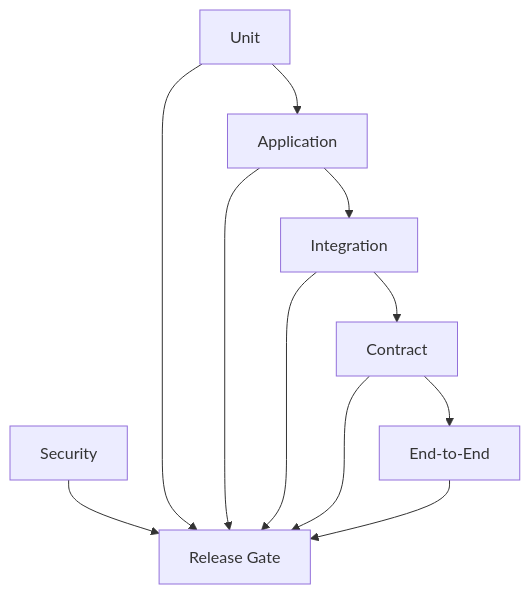
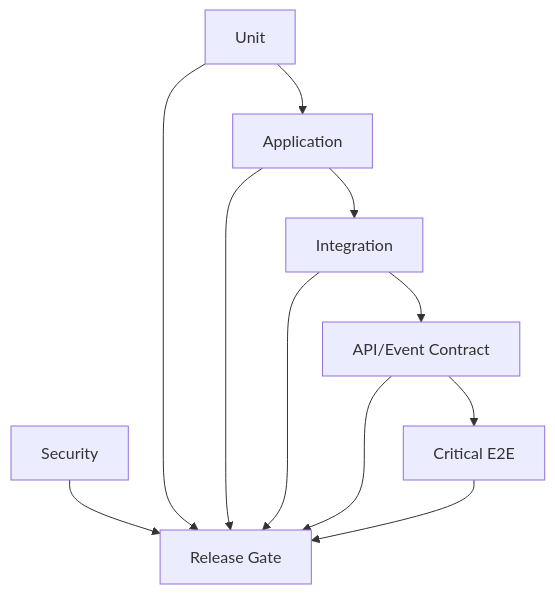
One commit to D-engahmed/OMILINKS changed the first of 2 diagrams in docs/engineering/testing-policy.md. Above: the diagram before and after it, drawn with Mermaid. The commit also changed other lines of this file and 4 other files, not shown here.

```diff
--- a/docs/engineering/testing-policy.md
+++ b/docs/engineering/testing-policy.md
@@ -9,13 +7,13 @@
 ~~~mermaid
 flowchart TB
 UNIT[Unit] --> APP[Application]
 APP --> INT[Integration]
-INT --> CONTRACT[Contract]
-CONTRACT --> E2E[End-to-End]
+INT --> CONTRACT[API/Event Contract]
+CONTRACT --> E2E[Critical E2E]
 SEC[Security] --> GATE[Release Gate]
 UNIT --> GATE
 APP --> GATE
 INT --> GATE
 CONTRACT --> GATE
 E2E --> GATE
 ~~~
```
